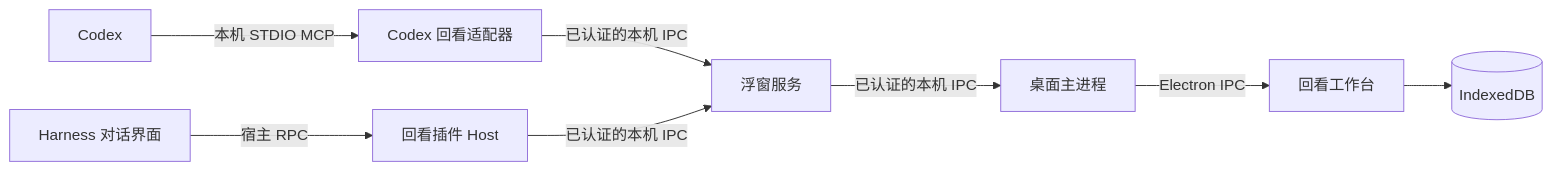
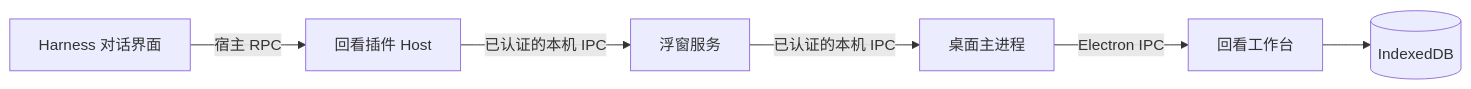
The diagram in docs/ARCHITECTURE.md (Rabbitgenius-rgb/huikan), drawn with Mermaid before and after one commit. The commit also changed other lines of this file and 26 other files, not shown here.

````diff
--- a/docs/ARCHITECTURE.md
+++ b/docs/ARCHITECTURE.md
@@ -3,10 +3,8 @@
 ```mermaid
 flowchart LR
-  X[Codex] -->|本机 STDIO MCP| M[Codex 回看适配器]
-  M -->|已认证的本机 IPC| C[浮窗服务]
   H[Harness 对话界面] -->|宿主 RPC| P[回看插件 Host]
   P -->|已认证的本机 IPC| C[浮窗服务]
   C -->|已认证的本机 IPC| D[桌面主进程]
   D -->|Electron IPC| U[回看工作台]
   U --> I[(IndexedDB)]
 ```
````
